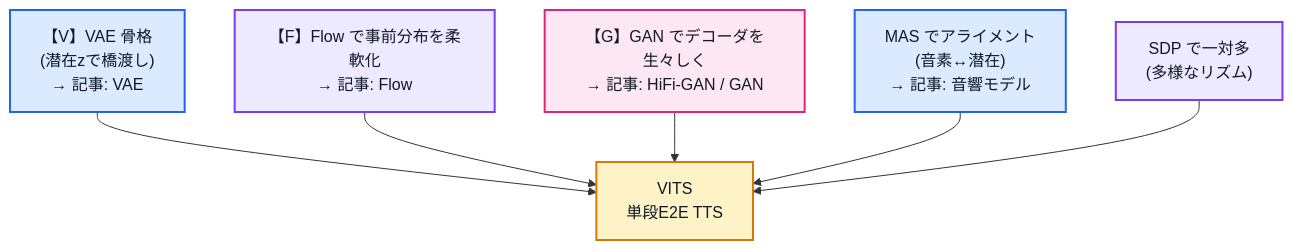
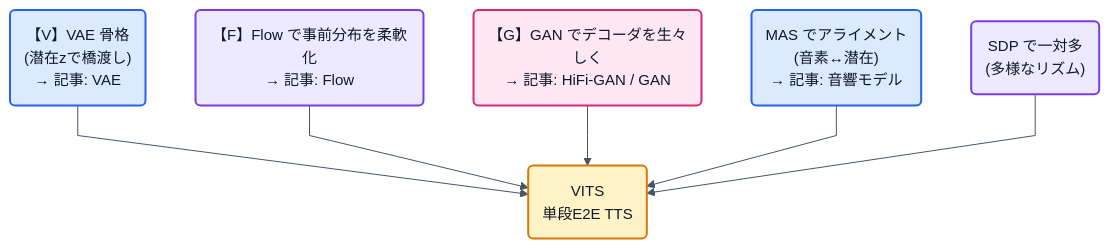
One commit to nnn112358/zenn_001 changed the first of 2 diagrams in articles/vits-for-cats.md. Above: the diagram before and after it, drawn with Mermaid. The commit also changed other lines of this file, not shown here.

First line of the commit message:
VITS記事のmermaid図をPython生成図に寄せる

````diff
--- a/articles/vits-for-cats.md
+++ b/articles/vits-for-cats.md
@@ -17,14 +17,15 @@
 ```mermaid
+%%{init: {'theme':'base','themeVariables':{'lineColor':'#475569','fontFamily':'Noto Sans CJK JP, sans-serif','fontSize':'15px'},'flowchart':{'padding':14,'nodeSpacing':50,'rankSpacing':60,'curve':'linear'}}}%%
 flowchart TD
-    V["【V】VAE 骨格<br/>(潜在zで橋渡し)<br/>→ 記事: VAE"]:::blue --> VITS["VITS<br/>単段E2E TTS"]:::amber
-    F["【F】Flow で事前分布を柔軟化<br/>→ 記事: Flow"]:::purple --> VITS
-    G["【G】GAN でデコーダを生々しく<br/>→ 記事: HiFi-GAN / GAN"]:::pink --> VITS
-    MAS["MAS でアライメント<br/>(音素↔潜在)<br/>→ 記事: 音響モデル"]:::blue --> VITS
-    SDP["SDP で一対多<br/>(多様なリズム)"]:::purple --> VITS
+    V("【V】VAE 骨格<br/>(潜在zで橋渡し)<br/>→ 記事: VAE"):::blue --> VITS("VITS<br/>単段E2E TTS"):::amber
+    F("【F】Flow で事前分布を柔軟化<br/>→ 記事: Flow"):::purple --> VITS
+    G("【G】GAN でデコーダを生々しく<br/>→ 記事: HiFi-GAN / GAN"):::pink --> VITS
+    MAS("MAS でアライメント<br/>(音素↔潜在)<br/>→ 記事: 音響モデル"):::blue --> VITS
+    SDP("SDP で一対多<br/>(多様なリズム)"):::purple --> VITS
     classDef blue fill:#dbeafe,stroke:#2563eb,stroke-width:2px,color:#111827
     classDef amber fill:#fef3c7,stroke:#d97706,stroke-width:2px,color:#111827
     classDef purple fill:#ede9fe,stroke:#7c3aed,stroke-width:2px,color:#111827
     classDef pink fill:#fce7f3,stroke:#db2777,stroke-width:2px,color:#111827
     classDef green fill:#dcfce7,stroke:#16a34a,stroke-width:2px,color:#111827
     classDef gray fill:#f3f4f6,stroke:#6b7280,stroke-width:2px,color:#111827
 ```
````
